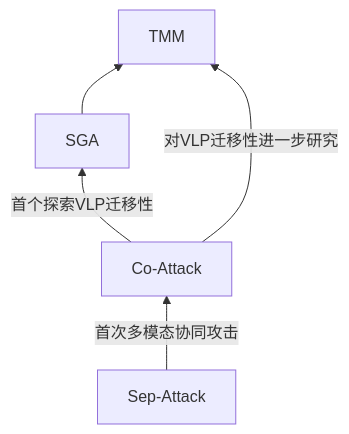
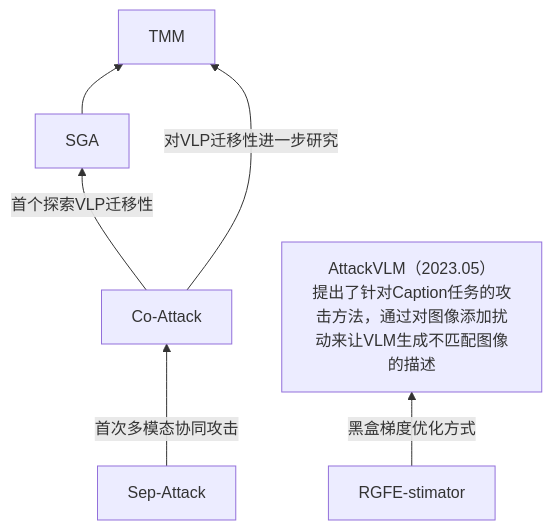
The third of 5 diagrams in Attack/Adversarial_Attack/VLP/analyse.md (Elephant-King9/Paper), drawn with Mermaid before and after one commit. The commit also changed other lines of this file and 10 other files, not shown here.

````diff
--- a/Attack/Adversarial_Attack/VLP/analyse.md
+++ b/Attack/Adversarial_Attack/VLP/analyse.md
@@ -29,6 +32,9 @@
 ```mermaid
 flowchart BT
     A[Sep-Attack]-->|首次多模态协同攻击|B[Co-Attack] -->|首个探索VLP迁移性| C[SGA]-->D
     B-->|对VLP迁移性进一步研究|D[TMM]
-
+	  RGFE-stimator-->|黑盒梯度优化方式|AttackVLM
+	  
+	  RGFE-stimator[RGFE-stimator]
+	  AttackVLM[AttackVLM（2023.05）<br>提出了针对Caption任务的攻击方法，通过对图像添加扰动来让VLM生成不匹配图像的描述]
 ```
````
